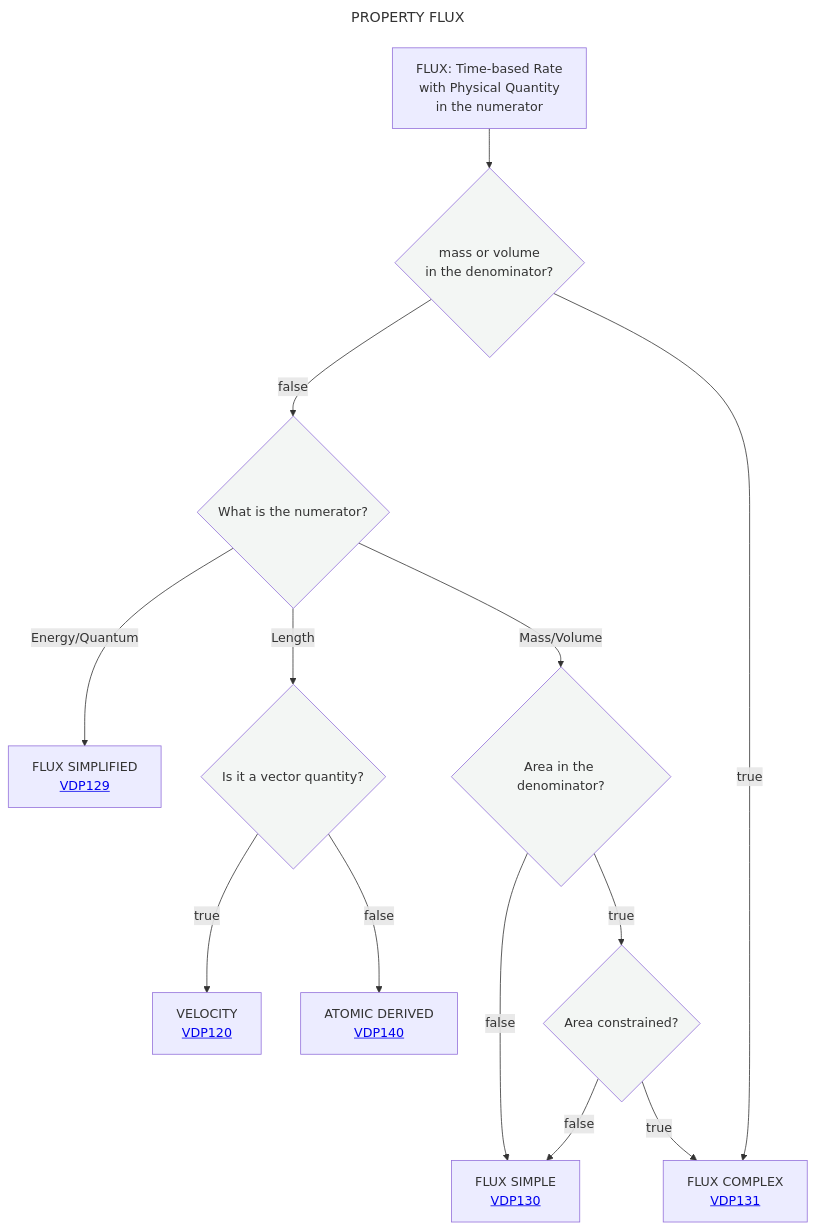
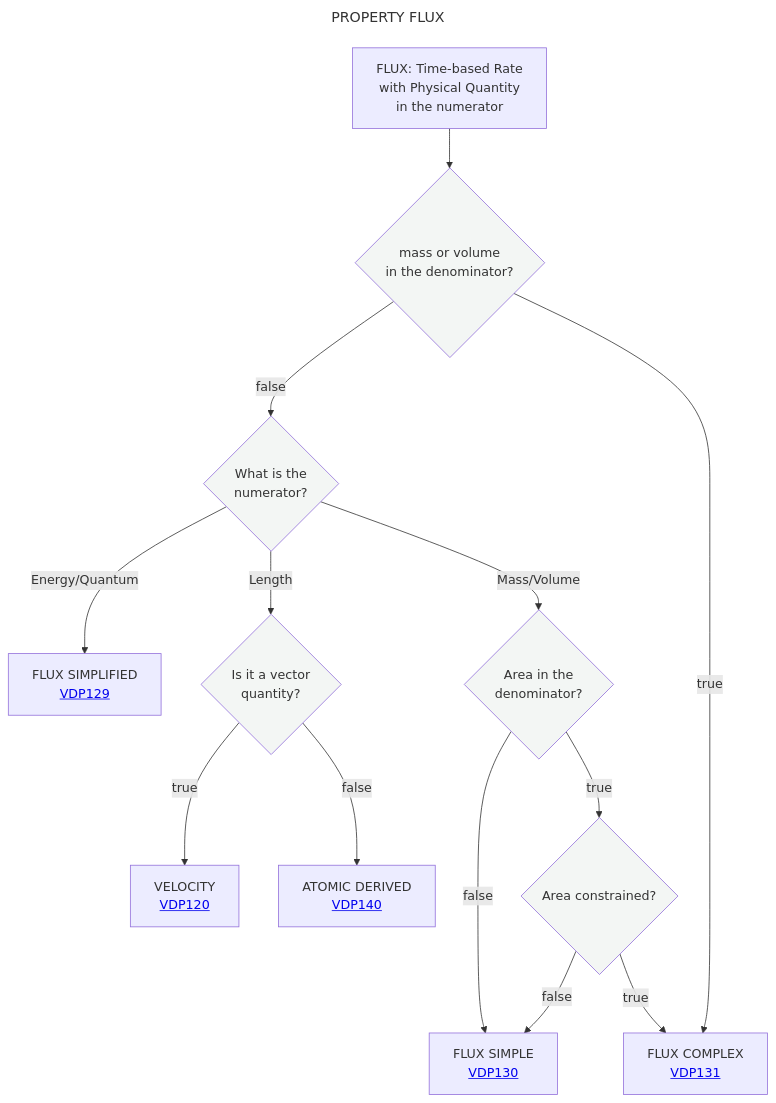
Before and after one commit to mabablue/I-ADOPT-patterns-playground: the diagram in Decisition_trees/DT4.mmd, drawn with Mermaid.

Commit message:
Fix line breaks in flowchart labels

```diff
--- a/Decisition_trees/DT4.mmd
+++ b/Decisition_trees/DT4.mmd
@@ -1,20 +1,20 @@
 ---
 title: PROPERTY FLUX
 ---
 flowchart TD
     A[FLUX: Time-based Rate <br> with Physical Quantity <br> in the numerator] --> B{mass or volume <br> in the denominator?}:::white
-    B --> |false|C{What is the numerator?}:::white
+    B --> |false|C{What is the <br> numerator?}:::white
     C -- Energy/Quantum--> D[FLUX SIMPLIFIED <br> <a href='https://github.com/mabablue/I-ADOPT-patterns-playground/blob/main/pattern/VDP129.yaml'>VDP129</a>]
-    C -- Length --> E{Is it a vector quantity?}:::white
+    C -- Length --> E{Is it a vector <br> quantity?}:::white
     E --> |true|J[VELOCITY <br> <a href='https://github.com/mabablue/I-ADOPT-patterns-playground/blob/main/pattern/VDP120.yaml'>VDP120</a] 
     E --> |false|K[ATOMIC DERIVED <br> <a href='https://github.com/mabablue/I-ADOPT-patterns-playground/blob/main/pattern/VDP140.yaml'>VDP140</a] 
-    C -- Mass/Volume --> F{Area in the denominator?}:::white
+    C -- Mass/Volume --> F{Area in the <br> denominator?}:::white
     F --> |false|I[FLUX SIMPLE <br> <a href='https://github.com/mabablue/I-ADOPT-patterns-playground/blob/main/pattern/VDP130.yaml'>VDP130</a>]
     F --> |true|G{Area constrained?}:::white 
     G --> |true|H[FLUX COMPLEX <br> <a href='https://github.com/mabablue/I-ADOPT-patterns-playground/blob/main/pattern/VDP131.yaml'>VDP131</a>]
     G --> |false|I
     B --> |true|H
    classDef blue fill:#90D5FF
    classDef satblue fill:#57B9FF 
    classDef white fill:#f3f6f4
    classDef green fill:#6aa84f
```
